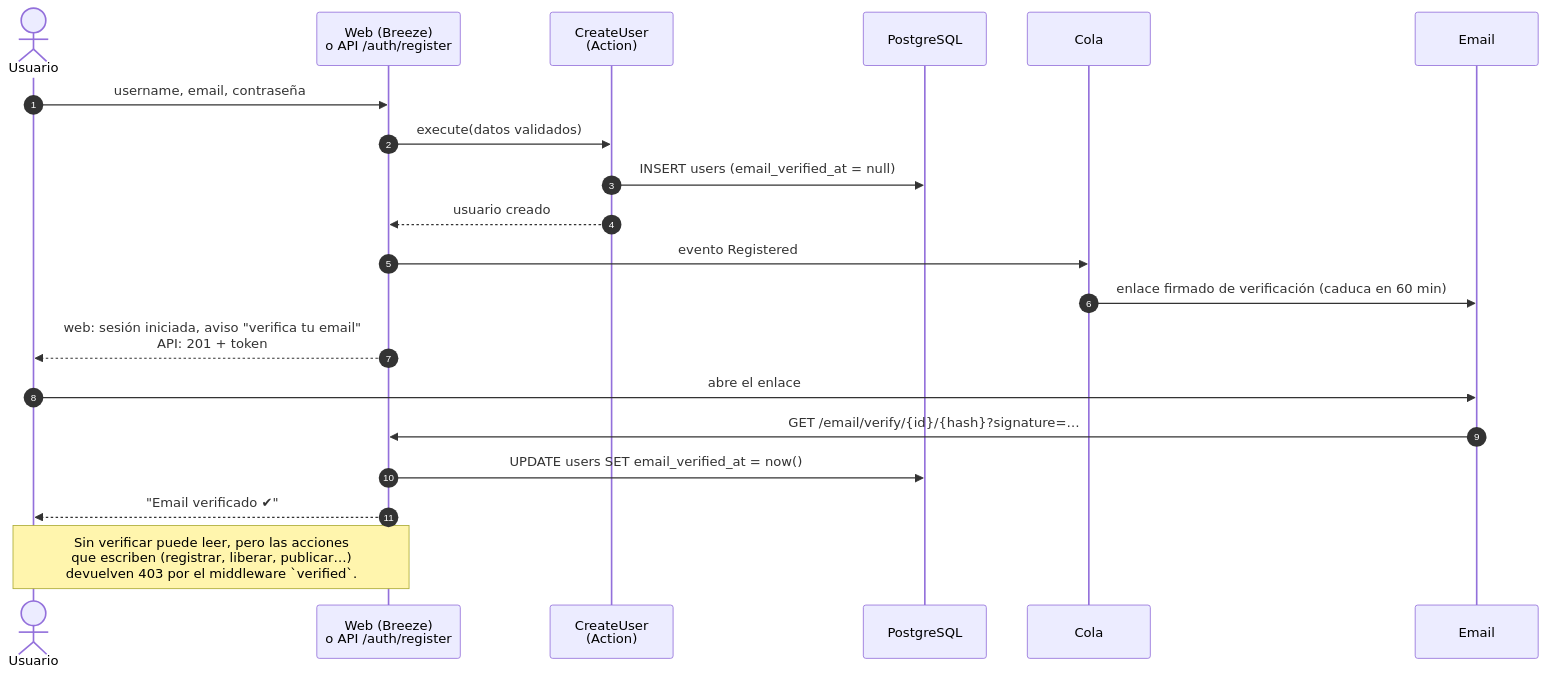
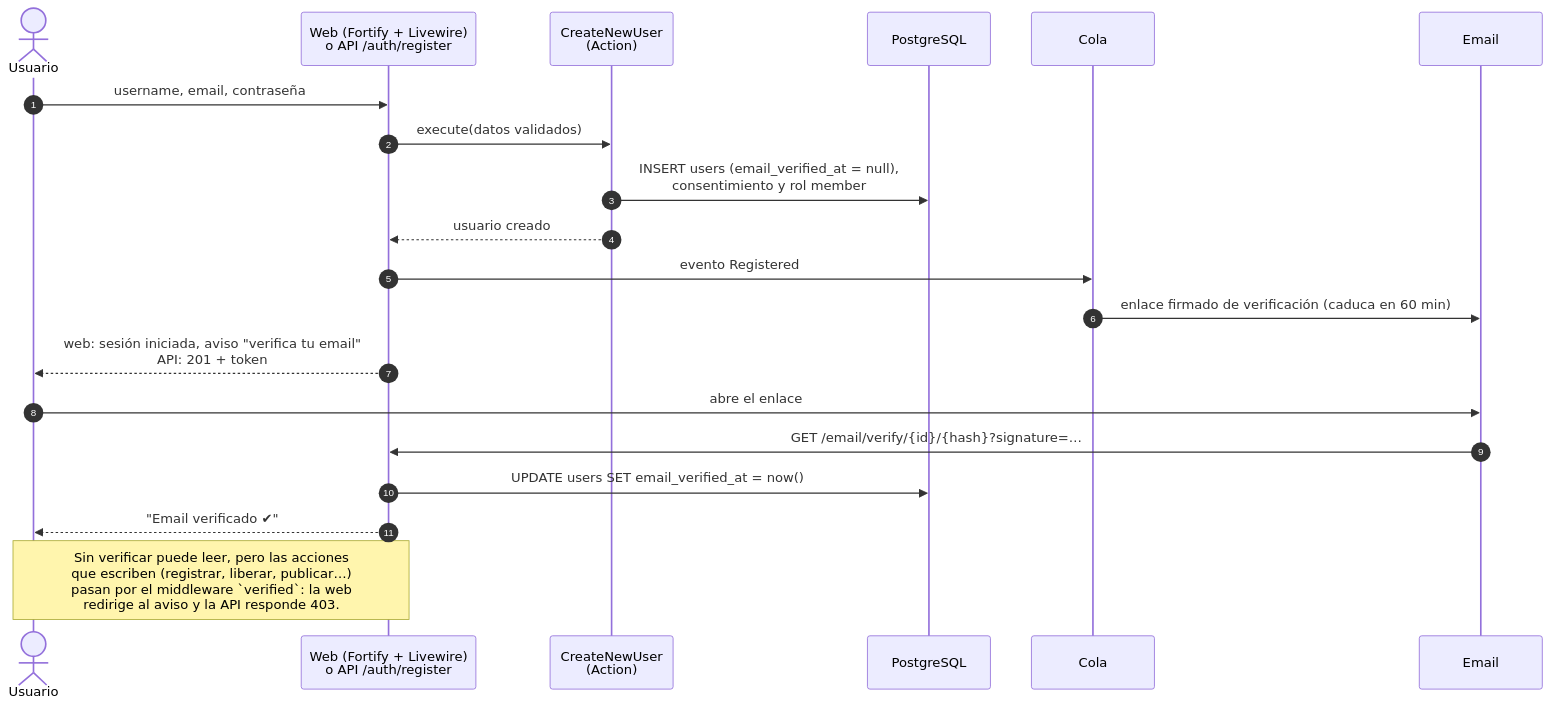
One commit to zStrikke/zBooks changed the first of 2 diagrams in docs/diagramas/09-secuencia-autenticacion.md. Above: the diagram before and after it, drawn with Mermaid. The commit also changed 41 other files, not shown here.

First line of the commit message:
feat(auth): registro en la web con verificación de email (#10)

````diff
--- a/docs/diagramas/09-secuencia-autenticacion.md
+++ b/docs/diagramas/09-secuencia-autenticacion.md
@@ -7,24 +7,24 @@
 ```mermaid
 sequenceDiagram
     autonumber
     actor U as Usuario
-    participant C as Web (Breeze)<br/>o API /auth/register
-    participant A as CreateUser<br/>(Action)
+    participant C as Web (Fortify + Livewire)<br/>o API /auth/register
+    participant A as CreateNewUser<br/>(Action)
     participant DB as PostgreSQL
     participant Q as Cola
     participant MAIL as Email
 
     U->>C: username, email, contraseña
     C->>A: execute(datos validados)
-    A->>DB: INSERT users (email_verified_at = null)
+    A->>DB: INSERT users (email_verified_at = null),<br/>consentimiento y rol member
     A-->>C: usuario creado
     C->>Q: evento Registered
     Q->>MAIL: enlace firmado de verificación (caduca en 60 min)
     C-->>U: web: sesión iniciada, aviso "verifica tu email"<br/>API: 201 + token
     U->>MAIL: abre el enlace
     MAIL->>C: GET /email/verify/{id}/{hash}?signature=…
     C->>DB: UPDATE users SET email_verified_at = now()
     C-->>U: "Email verificado ✔"
 
-    Note over U,C: Sin verificar puede leer, pero las acciones<br/>que escriben (registrar, liberar, publicar…)<br/>devuelven 403 por el middleware `verified`.
+    Note over U,C: Sin verificar puede leer, pero las acciones<br/>que escriben (registrar, liberar, publicar…)<br/>pasan por el middleware `verified`: la web<br/>redirige al aviso y la API responde 403.
 ```
````
